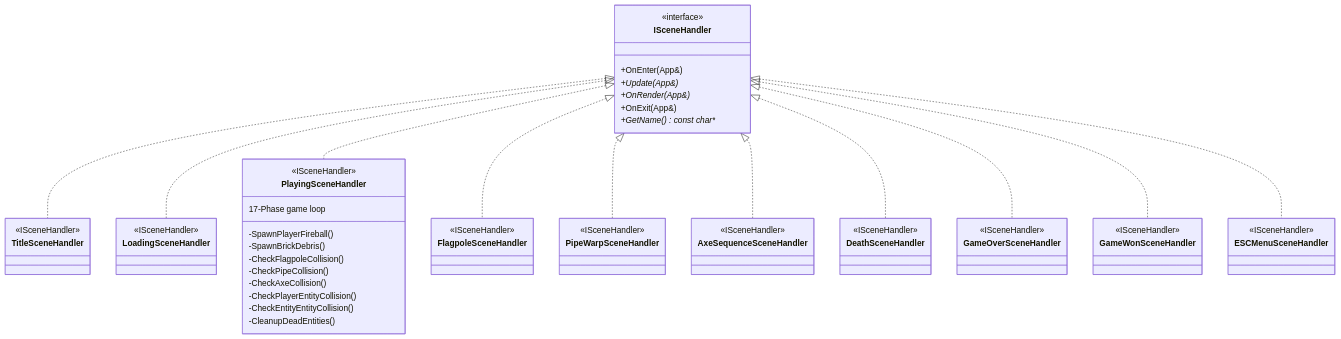
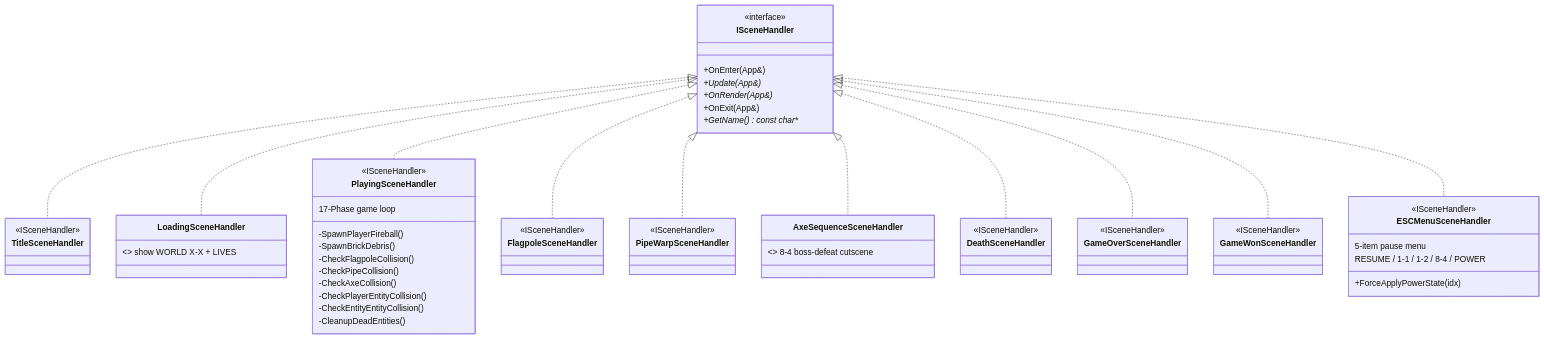
One commit to Andy87877/NTUT_OOPL_mario changed the second of 9 diagrams in Constructure.md. Above: the diagram before and after it, drawn with Mermaid. The commit also changed other lines of this file and 33 other files, not shown here.

````diff
--- a/Constructure.md
+++ b/Constructure.md
@@ -105,46 +125,51 @@
 ```mermaid
 classDiagram
     direction TB
 
     class ISceneHandler {
         <<interface>>
         +OnEnter(App&)
         +Update(App&)*
         +OnRender(App&)*
         +OnExit(App&)
         +GetName() const char**
     }
 
-    class TitleSceneHandler { <<ISceneHandler>> }
-    class LoadingSceneHandler { <<ISceneHandler>> }
+    class TitleSceneHandler     { <<ISceneHandler>> }
+    class LoadingSceneHandler   { <<ISceneHandler>> show WORLD X-X + LIVES }
     class PlayingSceneHandler {
         <<ISceneHandler>>
         17-Phase game loop
         -SpawnPlayerFireball()
         -SpawnBrickDebris()
         -CheckFlagpoleCollision()
         -CheckPipeCollision()
         -CheckAxeCollision()
         -CheckPlayerEntityCollision()
         -CheckEntityEntityCollision()
         -CleanupDeadEntities()
     }
-    class FlagpoleSceneHandler { <<ISceneHandler>> }
-    class PipeWarpSceneHandler { <<ISceneHandler>> }
-    class AxeSequenceSceneHandler { <<ISceneHandler>> }
-    class DeathSceneHandler { <<ISceneHandler>> }
-    class GameOverSceneHandler { <<ISceneHandler>> }
-    class GameWonSceneHandler { <<ISceneHandler>> }
-    class ESCMenuSceneHandler { <<ISceneHandler>> }
+    class FlagpoleSceneHandler  { <<ISceneHandler>> }
+    class PipeWarpSceneHandler  { <<ISceneHandler>> }
+    class AxeSequenceSceneHandler { <<ISceneHandler>> 8-4 boss-defeat cutscene }
+    class DeathSceneHandler     { <<ISceneHandler>> }
+    class GameOverSceneHandler  { <<ISceneHandler>> }
+    class GameWonSceneHandler   { <<ISceneHandler>> }
+    class ESCMenuSceneHandler {
+        <<ISceneHandler>>
+        5-item pause menu
+        RESUME / 1-1 / 1-2 / 8-4 / POWER
+        +ForceApplyPowerState(idx)
+    }
 
     ISceneHandler <|.. TitleSceneHandler
     ISceneHandler <|.. LoadingSceneHandler
     ISceneHandler <|.. PlayingSceneHandler
     ISceneHandler <|.. FlagpoleSceneHandler
     ISceneHandler <|.. PipeWarpSceneHandler
     ISceneHandler <|.. AxeSequenceSceneHandler
     ISceneHandler <|.. DeathSceneHandler
     ISceneHandler <|.. GameOverSceneHandler
     ISceneHandler <|.. GameWonSceneHandler
     ISceneHandler <|.. ESCMenuSceneHandler
 ```
````
